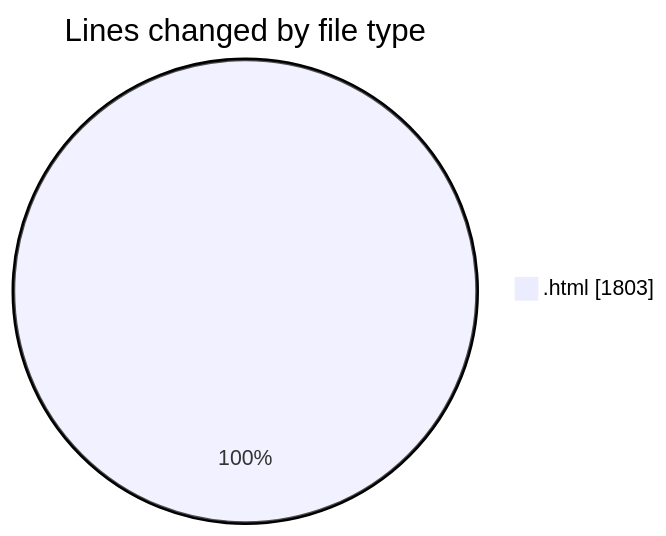
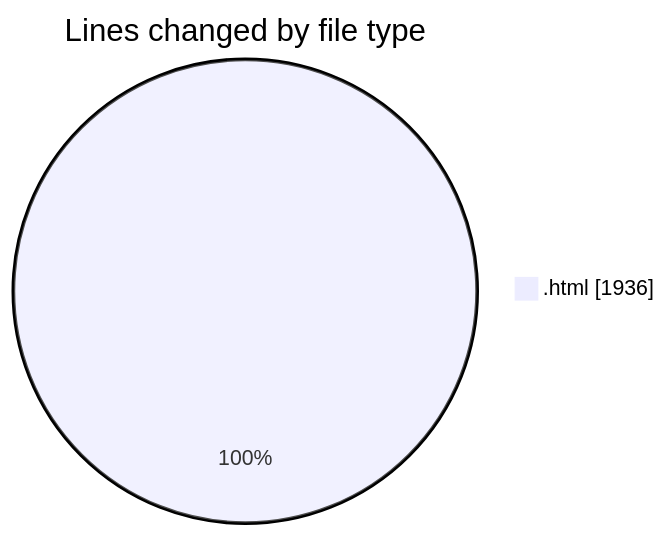
One commit to shibass792/code-tracking changed the first of 2 diagrams in 2026-07-11/untitled__workspace_/README.md. Above: the diagram before and after it, drawn with Mermaid. The commit also changed other lines of this file and 1 other file, not shown here.

````diff
--- a/2026-07-11/untitled__workspace_/README.md
+++ b/2026-07-11/untitled__workspace_/README.md
@@ -20,5 +20,5 @@
 ```mermaid
 pie showData
 title Lines changed by file type
-".html" : 1803
+".html" : 1936
 ```
````
